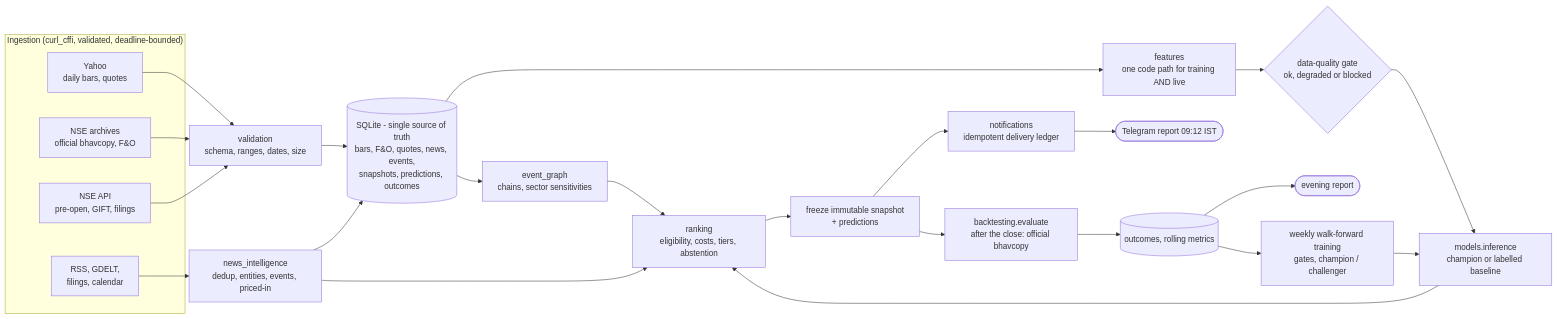
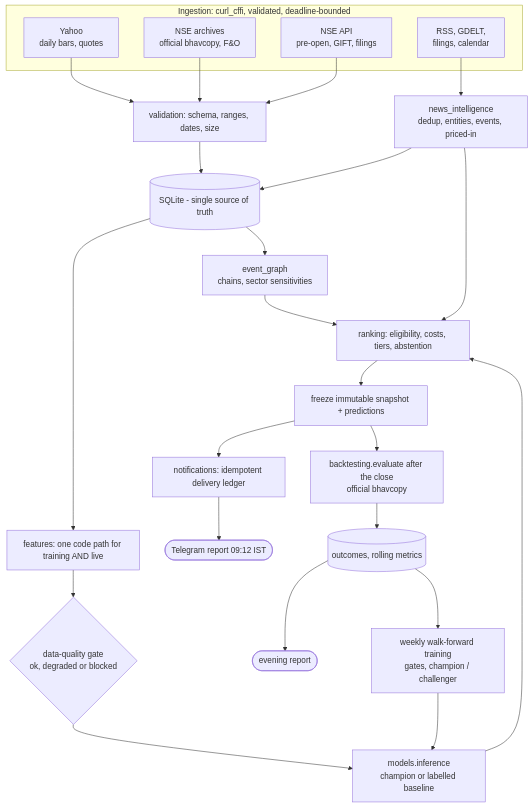
The fourth of 18 diagrams in MONSTER-AI/docs/ARCHITECTURE.md (amansoni7477030/MonsterStock_AI), drawn with Mermaid before and after one commit. The commit also changed other lines of this file and 5 other files, not shown here.

````diff
--- a/MONSTER-AI/docs/ARCHITECTURE.md
+++ b/MONSTER-AI/docs/ARCHITECTURE.md
@@ -160,30 +133,30 @@
 ```mermaid
-flowchart LR
-    subgraph IN["Ingestion (curl_cffi, validated, deadline-bounded)"]
+flowchart TB
+    subgraph IN["Ingestion: curl_cffi, validated, deadline-bounded"]
         Y["Yahoo<br/>daily bars, quotes"]
         A["NSE archives<br/>official bhavcopy, F&O"]
         J["NSE API<br/>pre-open, GIFT, filings"]
         R["RSS, GDELT,<br/>filings, calendar"]
     end
-    Y --> V["validation<br/>schema, ranges, dates, size"]
+    Y --> V["validation: schema, ranges, dates, size"]
     A --> V
     J --> V
     R --> NI["news_intelligence<br/>dedup, entities, events, priced-in"]
-    V --> DB[("SQLite - single source of truth<br/>bars, F&O, quotes, news, events,<br/>snapshots, predictions, outcomes")]
+    V --> DB[("SQLite - single source of truth")]
     NI --> DB
     DB --> EG["event_graph<br/>chains, sector sensitivities"]
-    DB --> F["features<br/>one code path for training AND live"]
+    DB --> F["features: one code path for training AND live"]
     F --> Q{"data-quality gate<br/>ok, degraded or blocked"}
     Q --> M["models.inference<br/>champion or labelled baseline"]
-    M --> K["ranking<br/>eligibility, costs, tiers, abstention"]
+    M --> K["ranking: eligibility, costs, tiers, abstention"]
     EG --> K
     NI --> K
-    K --> S["freeze immutable snapshot<br/>+ predictions"]
-    S --> D["notifications<br/>idempotent delivery ledger"]
+    K --> S["freeze immutable snapshot + predictions"]
+    S --> D["notifications: idempotent delivery ledger"]
     D --> T(["Telegram report 09:12 IST"])
-    S --> E["backtesting.evaluate<br/>after the close: official bhavcopy"]
+    S --> E["backtesting.evaluate after the close<br/>official bhavcopy"]
     E --> O[("outcomes, rolling metrics")]
     O --> EV(["evening report"])
     O --> TR["weekly walk-forward training<br/>gates, champion / challenger"]
     TR --> M
 ```
````
